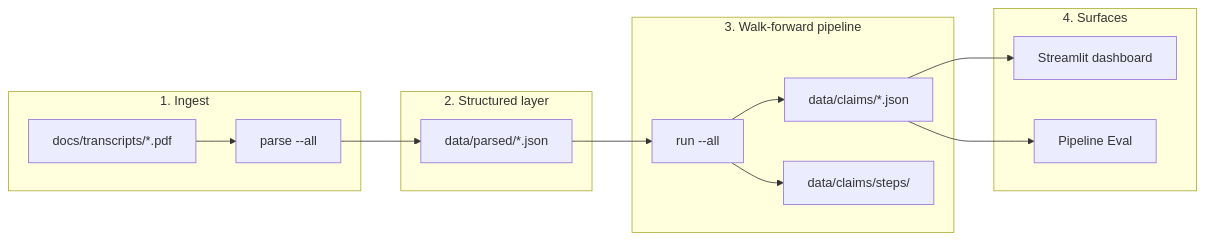
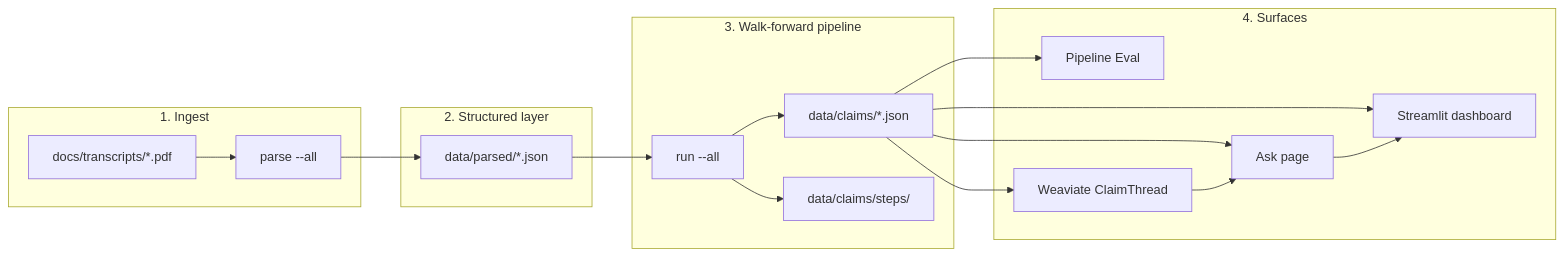
One commit to vivek-git-ai/claimwatch changed the first of 10 diagrams in docs/data-and-parsing.md. Above: the diagram before and after it, drawn with Mermaid. The commit also changed other lines of this file and 16 other files, not shown here.

````diff
--- a/docs/data-and-parsing.md
+++ b/docs/data-and-parsing.md
@@ -9,29 +9,35 @@
 ```mermaid
 flowchart LR
   subgraph ingest [1. Ingest]
     PDF["docs/transcripts/*.pdf"]
     Parse["parse --all"]
     PDF --> Parse
   end
 
   subgraph structured [2. Structured layer]
     Parsed["data/parsed/*.json"]
     Parse --> Parsed
   end
 
   subgraph pipeline [3. Walk-forward pipeline]
     Run["run --all"]
     Claims["data/claims/*.json"]
     Steps["data/claims/steps/"]
     Parsed --> Run
     Run --> Claims
     Run --> Steps
   end
 
   subgraph surfaces [4. Surfaces]
     Dash[Streamlit dashboard]
     Eval[Pipeline Eval]
+    Ask[Ask page]
+    WV[Weaviate ClaimThread]
     Claims --> Dash
     Claims --> Eval
+    Claims --> Ask
+    Claims --> WV
+    WV --> Ask
+    Ask --> Dash
   end
 ```
````
